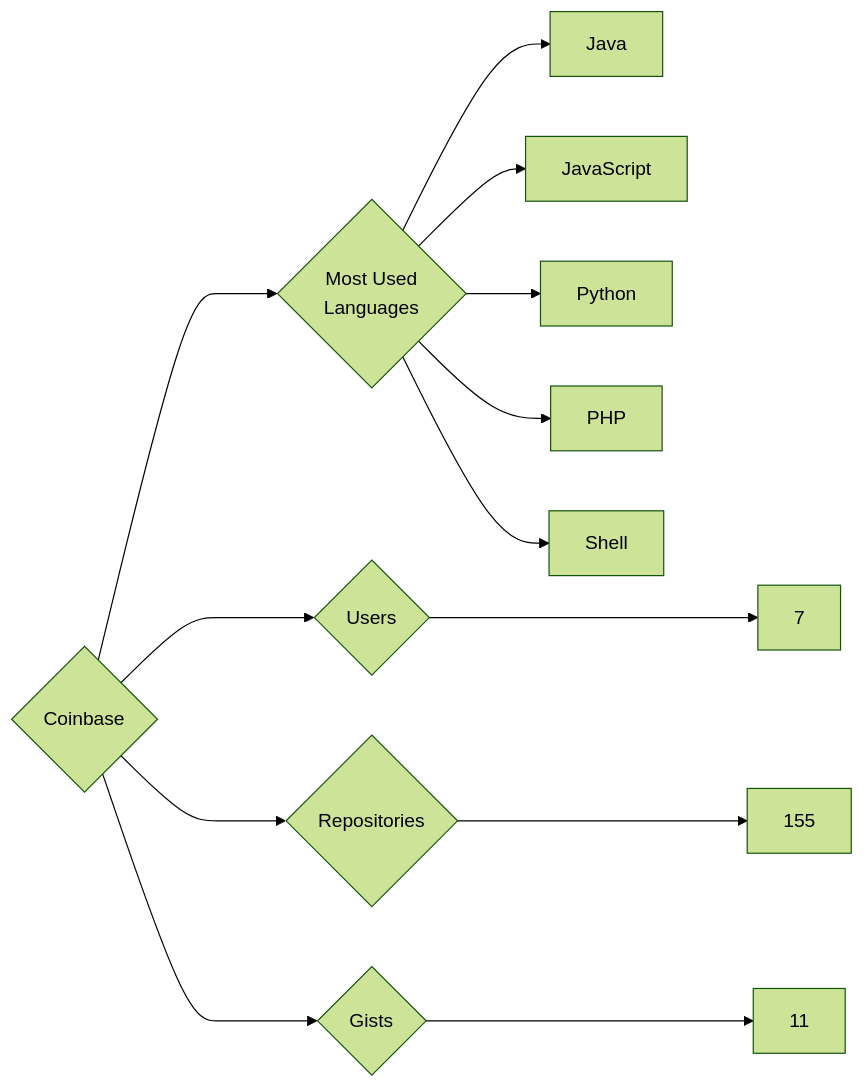
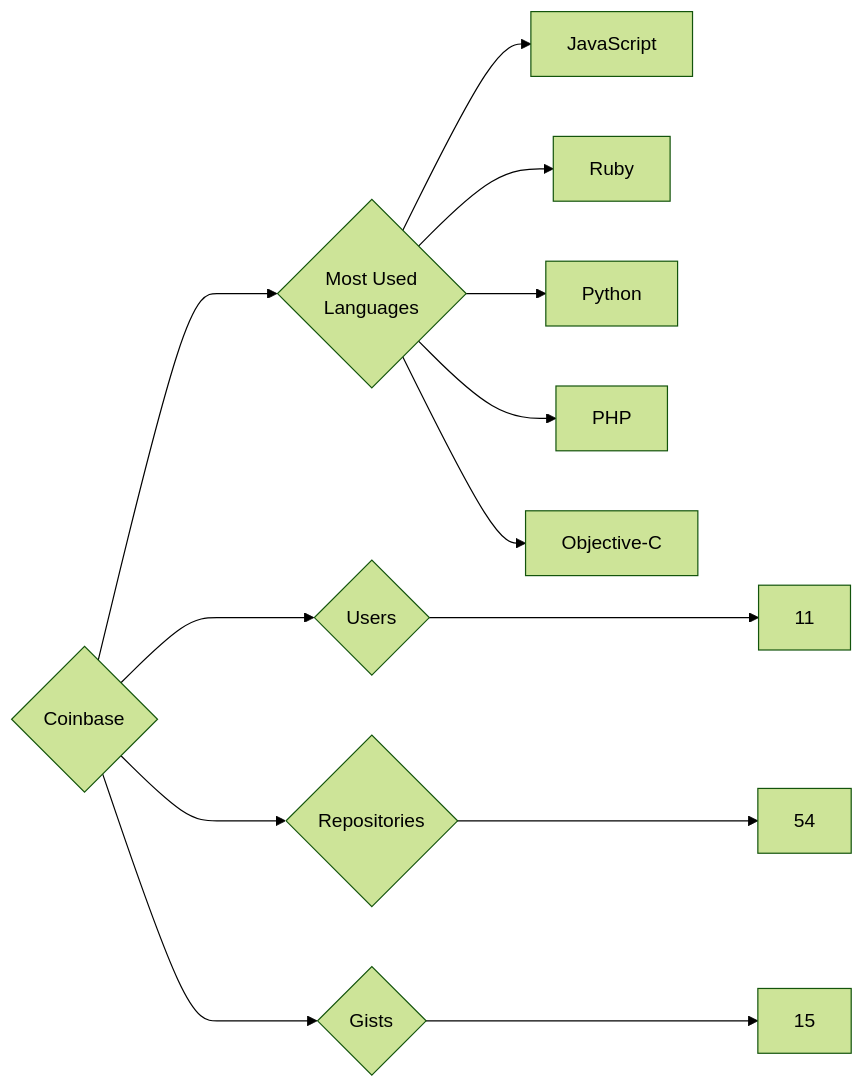
One commit to trickest/insiders changed the diagram in targets/Coinbase/README.md. Above: the diagram before and after it, drawn with Mermaid (forest theme). The commit also changed 1123 other files, not shown here.

````diff
--- a/targets/Coinbase/README.md
+++ b/targets/Coinbase/README.md
@@ -3,13 +3,13 @@
 ```mermaid
 graph LR
 COMPANY_NAME{Coinbase}
-COMPANY_NAME ---> U{Users} ---> UN[7]
-COMPANY_NAME ---> R{Repositories} ---> RN[155]
-COMPANY_NAME ---> G{Gists} ---> GN[11]
+COMPANY_NAME ---> U{Users} ---> UN[11]
+COMPANY_NAME ---> R{Repositories} ---> RN[54]
+COMPANY_NAME ---> G{Gists} ---> GN[15]
 COMPANY_NAME ---> ML{Most Used<br>Languages}
-ML --> Java[Java]
 ML --> JavaScript[JavaScript]
+ML --> Ruby[Ruby]
 ML --> Python[Python]
 ML --> PHP[PHP]
-ML --> Shell[Shell]
+ML --> Objective-C[Objective-C]
 ```
````
